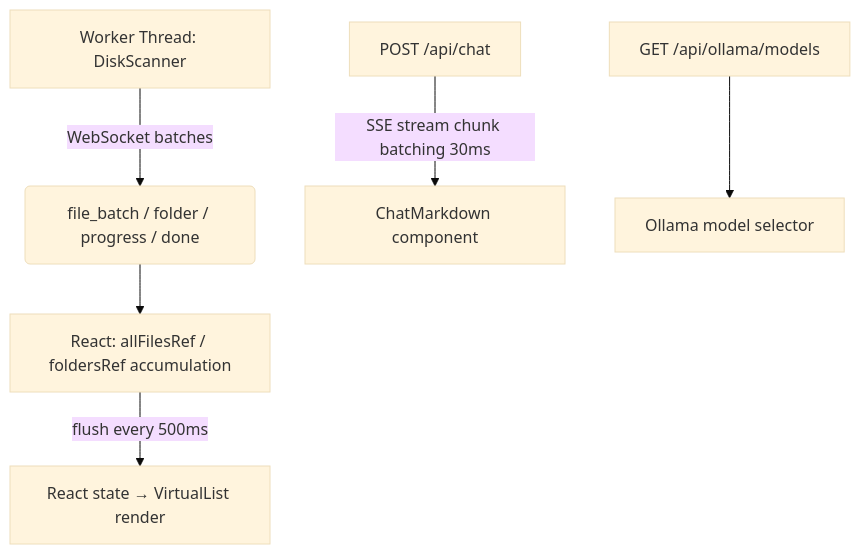
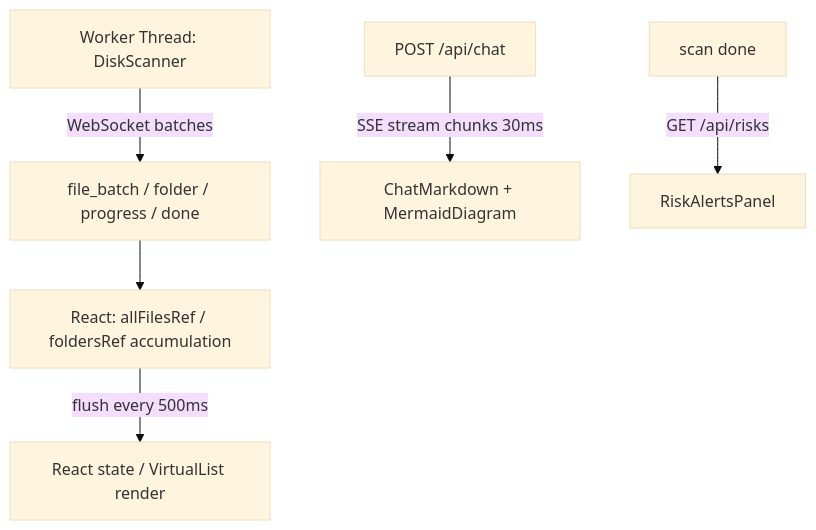
The first of 2 diagrams in README.md (Lizzen/disk_analyzer), drawn with Mermaid (base theme) before and after one commit. The commit also changed other lines of this file and 6 other files, not shown here.

````diff
--- a/README.md
+++ b/README.md
@@ -204,8 +241,8 @@
 ```mermaid
-graph TD
-    A[Worker Thread: DiskScanner] -->|WebSocket batches| B(file_batch / folder / progress / done)
+flowchart TD
+    A[Worker Thread: DiskScanner] -->|WebSocket batches| B[file_batch / folder / progress / done]
     B --> C[React: allFilesRef / foldersRef accumulation]
-    C -->|flush every 500ms| D[React state → VirtualList render]
-    E[POST /api/chat] -->|SSE stream chunk batching 30ms| F[ChatMarkdown component]
-    G[GET /api/ollama/models] --> H[Ollama model selector]
+    C -->|flush every 500ms| D[React state / VirtualList render]
+    E[POST /api/chat] -->|SSE stream chunks 30ms| F[ChatMarkdown + MermaidDiagram]
+    G[scan done] -->|GET /api/risks| H[RiskAlertsPanel]
 ```
````
